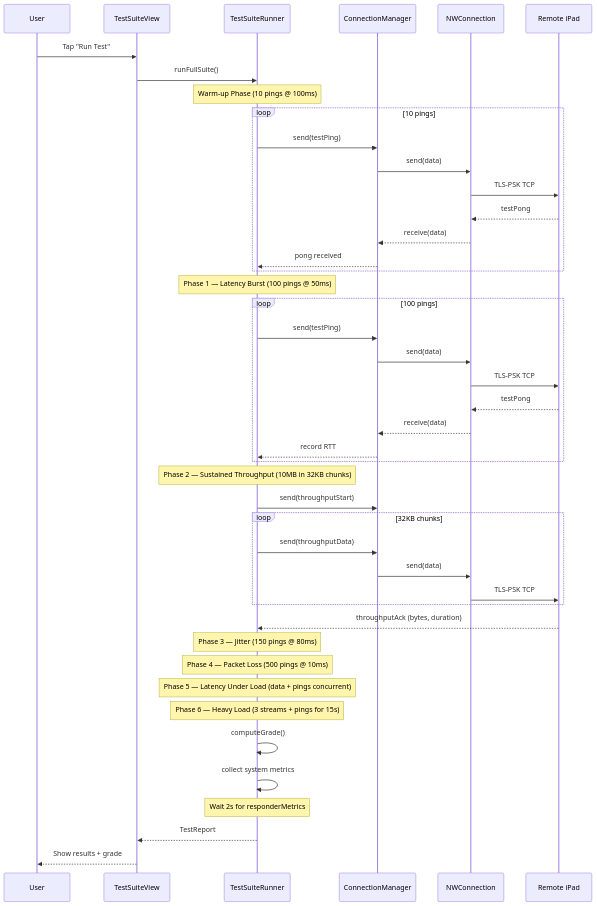
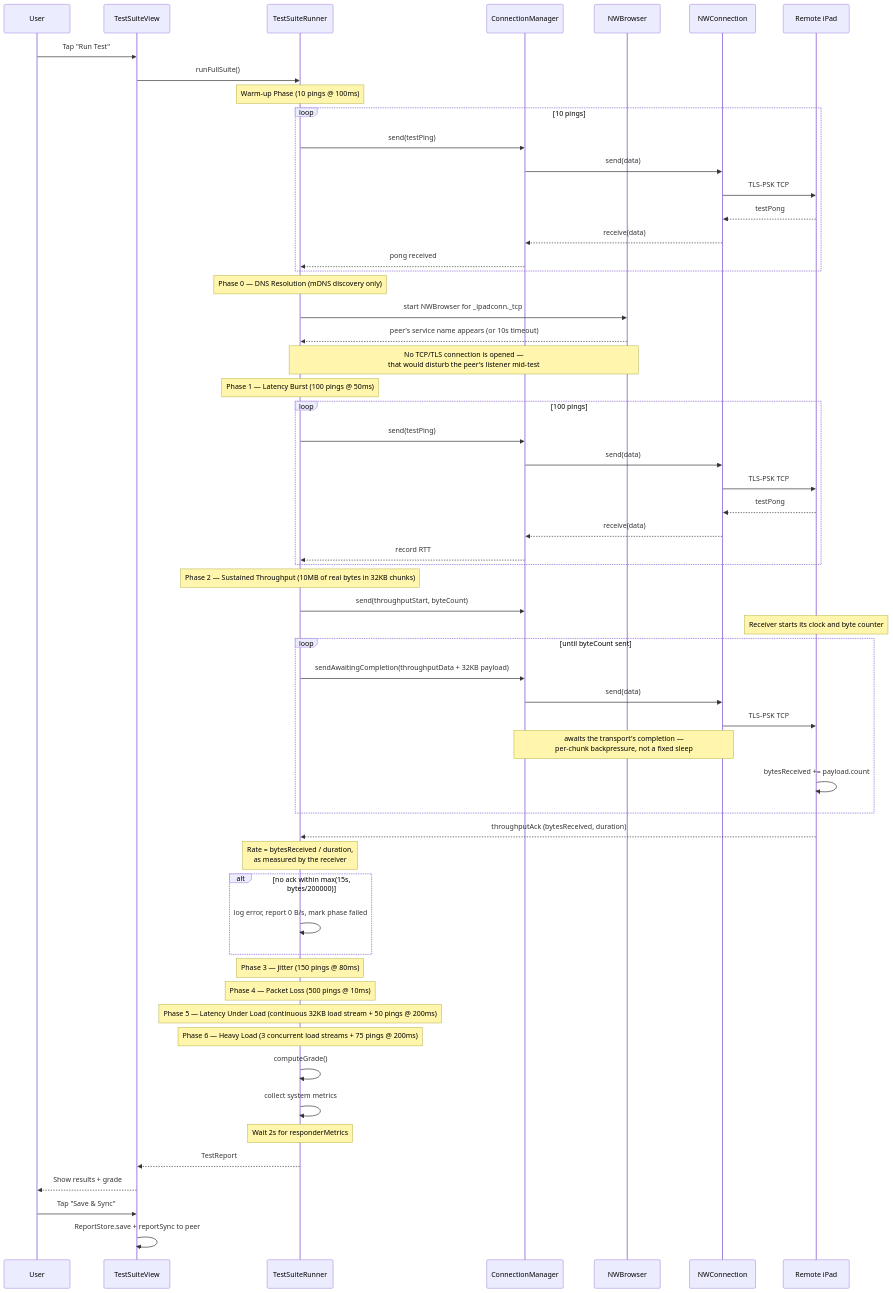
One commit to chrlyons/iPadDx changed the fifth of 11 diagrams in docs/current_architecture.md. Above: the diagram before and after it, drawn with Mermaid. The commit also changed other lines of this file and 61 other files, not shown here.

First line of the commit message:
Fix measurement integrity: report only what was actually measured (#2)

````diff
--- a/docs/current_architecture.md
+++ b/docs/current_architecture.md
@@ -130,52 +159,67 @@
 ```mermaid
 sequenceDiagram
     participant User
     participant UI as TestSuiteView
     participant Runner as TestSuiteRunner
     participant CM as ConnectionManager
+    participant Browser as NWBrowser
     participant Net as NWConnection
     participant Remote as Remote iPad
 
     User->>UI: Tap "Run Test"
     UI->>Runner: runFullSuite()
 
     Note over Runner: Warm-up Phase (10 pings @ 100ms)
     loop 10 pings
         Runner->>CM: send(testPing)
         CM->>Net: send(data)
         Net->>Remote: TLS-PSK TCP
         Remote-->>Net: testPong
         Net-->>CM: receive(data)
         CM-->>Runner: pong received
     end
 
+    Note over Runner: Phase 0 — DNS Resolution (mDNS discovery only)
+    Runner->>Browser: start NWBrowser for _ipadconn._tcp
+    Browser-->>Runner: peer's service name appears (or 10s timeout)
+    Note over Runner,Browser: No TCP/TLS connection is opened —<br/>that would disturb the peer's listener mid-test
+
     Note over Runner: Phase 1 — Latency Burst (100 pings @ 50ms)
     loop 100 pings
         Runner->>CM: send(testPing)
         CM->>Net: send(data)
         Net->>Remote: TLS-PSK TCP
         Remote-->>Net: testPong
         Net-->>CM: receive(data)
         CM-->>Runner: record RTT
     end
 
-    Note over Runner: Phase 2 — Sustained Throughput (10MB in 32KB chunks)
-    Runner->>CM: send(throughputStart)
-    loop 32KB chunks
-        Runner->>CM: send(throughputData)
+    Note over Runner: Phase 2 — Sustained Throughput (10MB of real bytes in 32KB chunks)
+    Runner->>CM: send(throughputStart, byteCount)
+    Note over Remote: Receiver starts its clock and byte counter
+    loop until byteCount sent
+        Runner->>CM: sendAwaitingCompletion(throughputData + 32KB payload)
         CM->>Net: send(data)
         Net->>Remote: TLS-PSK TCP
+        Note over CM,Net: awaits the transport's completion —<br/>per-chunk backpressure, not a fixed sleep
+        Remote->>Remote: bytesReceived += payload.count
     end
-    Remote-->>Runner: throughputAck (bytes, duration)
+    Remote-->>Runner: throughputAck (bytesReceived, duration)
+    Note over Runner: Rate = bytesReceived / duration,<br/>as measured by the receiver
+    alt no ack within max(15s, bytes/200000)
+        Runner->>Runner: log error, report 0 B/s, mark phase failed
+    end
 
     Note over Runner: Phase 3 — Jitter (150 pings @ 80ms)
     Note over Runner: Phase 4 — Packet Loss (500 pings @ 10ms)
-    Note over Runner: Phase 5 — Latency Under Load (data + pings concurrent)
-    Note over Runner: Phase 6 — Heavy Load (3 streams + pings for 15s)
+    Note over Runner: Phase 5 — Latency Under Load (continuous 32KB load stream + 50 pings @ 200ms)
+    Note over Runner: Phase 6 — Heavy Load (3 concurrent load streams + 75 pings @ 200ms)
 
     Runner->>Runner: computeGrade()
     Runner->>Runner: collect system metrics
     Note over Runner: Wait 2s for responderMetrics
     Runner-->>UI: TestReport
     UI-->>User: Show results + grade
+    User->>UI: Tap "Save & Sync"
+    UI->>UI: ReportStore.save + reportSync to peer
 ```
````
